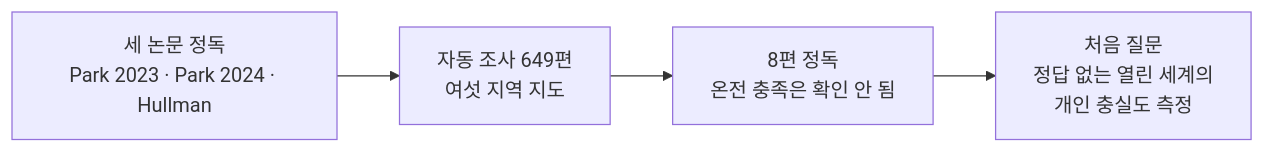
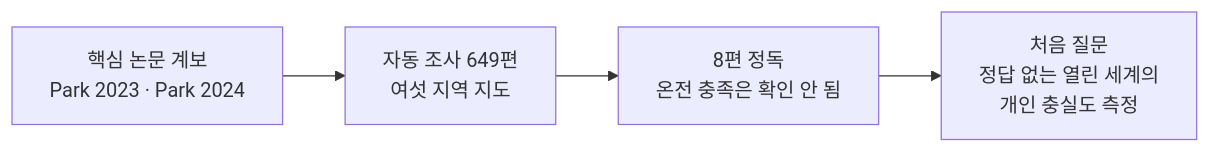
Before and after one commit to qoal1201/synthetic-society-research: the first of 2 diagrams in experiments/2026-06-29-prologue.qmd, drawn with Mermaid. The commit also changed other lines of this file and 3 other files, not shown here.

Commit message:
프롤로그 통합본 통독 정리 — 핵심 논문 2개로 축약(Hullman 본문·mermaid 잔재 제거)·리드 오타·홈 지도 고정링크 제거 + GA 도식 라벨 축약·wang 모식도 캡션 어휘(박선호 통독 수정 반영)

````diff
--- a/experiments/2026-06-29-prologue.qmd
+++ b/experiments/2026-06-29-prologue.qmd
@@ -18,6 +18,6 @@
 ```{mermaid}
 flowchart LR
-    A["세 논문 정독<br/>Park 2023 · Park 2024 · Hullman"] --> B["자동 조사 649편<br/>여섯 지역 지도"]
+    A["핵심 논문 계보<br/>Park 2023 · Park 2024"] --> B["자동 조사 649편<br/>여섯 지역 지도"]
     B --> C["8편 정독<br/>온전 충족은 확인 안 됨"]
     C --> D["처음 질문<br/>정답 없는 열린 세계의<br/>개인 충실도 측정"]
 ```
````
